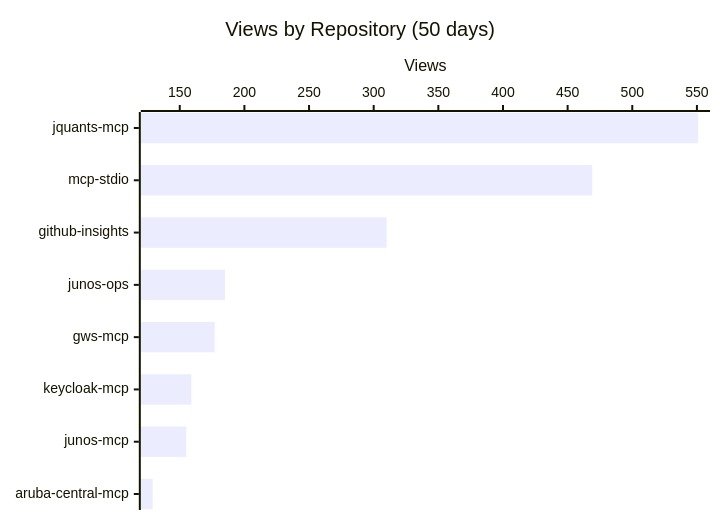
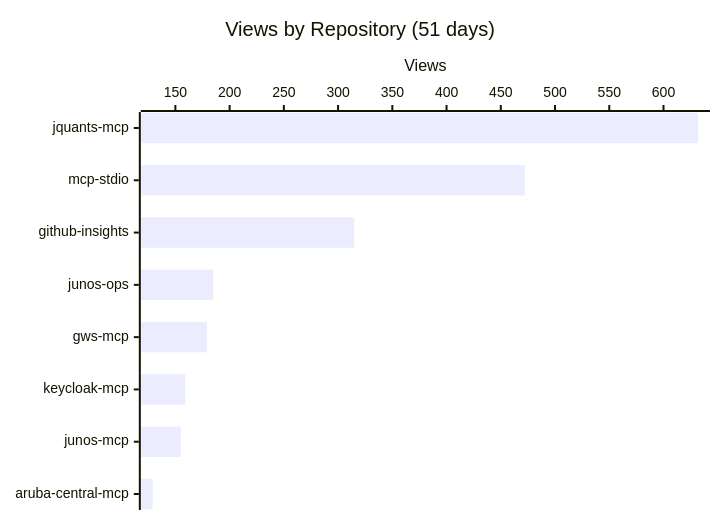
One commit to shigechika/github-insights changed the first of 3 diagrams in README.md. Above: the diagram before and after it, drawn with Mermaid. The commit also changed other lines of this file and 2 other files, not shown here.

````diff
--- a/README.md
+++ b/README.md
@@ -18,7 +18,7 @@
 ```mermaid
 xychart-beta horizontal
-    title "Views by Repository (50 days)"
+    title "Views by Repository (51 days)"
     x-axis ["jquants-mcp", "mcp-stdio", "github-insights", "junos-ops", "gws-mcp", "keycloak-mcp", "junos-mcp", "aruba-central-mcp"]
     y-axis "Views"
-    bar [551, 469, 310, 185, 177, 159, 155, 129]
+    bar [632, 472, 315, 185, 179, 159, 155, 129]
 ```
````
